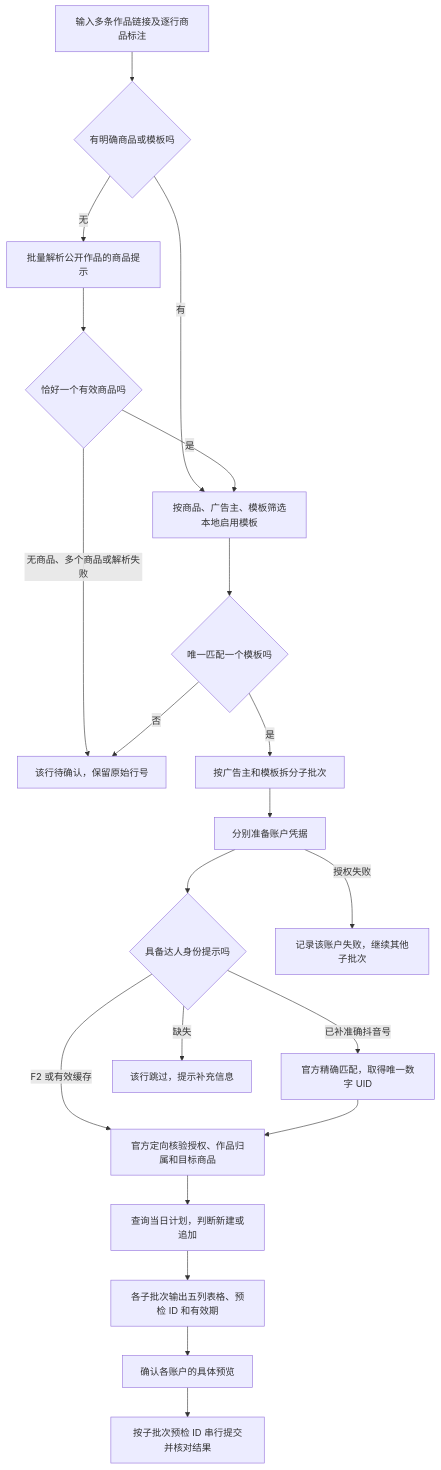
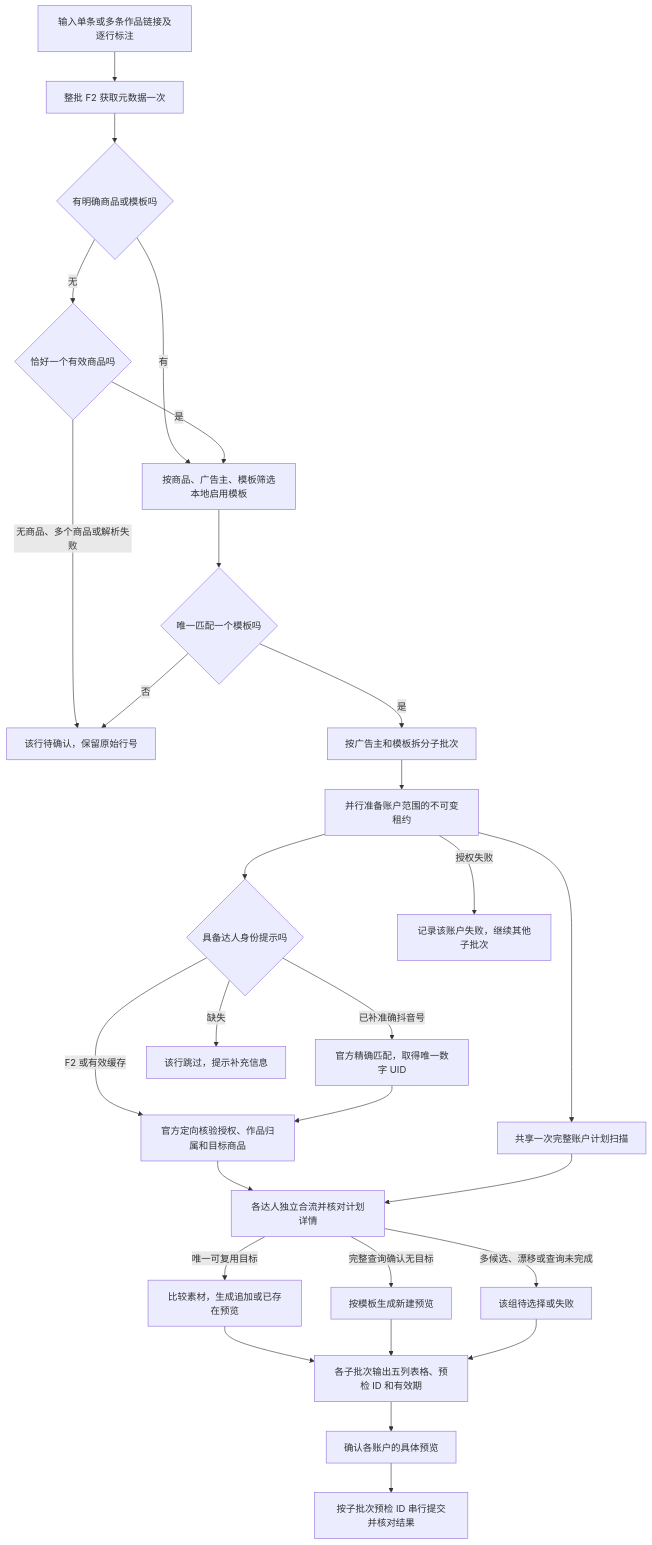
Before and after one commit to westng/ocean-watch: the diagram in docs/reference/qianchuan-work-routing.md, drawn with Mermaid. The commit also changed other lines of this file and 147 other files, not shown here.

````diff
--- a/docs/reference/qianchuan-work-routing.md
+++ b/docs/reference/qianchuan-work-routing.md
@@ -7,23 +7,30 @@
 ```mermaid
 flowchart TD
-    A[输入多条作品链接及逐行商品标注] --> B{有明确商品或模板吗}
+    A[输入单条或多条作品链接及逐行标注] --> D[整批 F2 获取元数据一次]
+    D --> B{有明确商品或模板吗}
     B -->|有| C[按商品、广告主、模板筛选本地启用模板]
-    B -->|无| D[批量解析公开作品的商品提示]
-    D --> E{恰好一个有效商品吗}
+    B -->|无| E{恰好一个有效商品吗}
     E -->|是| C
     E -->|无商品、多个商品或解析失败| P[该行待确认，保留原始行号]
     C --> F{唯一匹配一个模板吗}
     F -->|否| P
     F -->|是| G[按广告主和模板拆分子批次]
-    G --> H[分别准备账户凭据]
+    G --> H[并行准备账户范围的不可变租约]
+    H --> L[共享一次完整账户计划扫描]
     H --> I{具备达人身份提示吗}
     I -->|F2 或有效缓存| J[官方定向核验授权、作品归属和目标商品]
     I -->|已补准确抖音号| K[官方精确匹配，取得唯一数字 UID]
     K --> J
     I -->|缺失| Q[该行跳过，提示补充信息]
-    J --> L[查询当日计划，判断新建或追加]
-    L --> M[各子批次输出五列表格、预检 ID 和有效期]
+    J --> S[各达人独立合流并核对计划详情]
+    L --> S
+    S -->|唯一可复用目标| T[比较素材，生成追加或已存在预览]
+    S -->|完整查询确认无目标| U[按模板生成新建预览]
+    S -->|多候选、漂移或查询未完成| V[该组待选择或失败]
+    T --> M[各子批次输出五列表格、预检 ID 和有效期]
+    U --> M
+    V --> M
     M --> N[确认各账户的具体预览]
     N --> O[按子批次预检 ID 串行提交并核对结果]
     H -->|授权失败| R[记录该账户失败，继续其他子批次]
 ```
````
